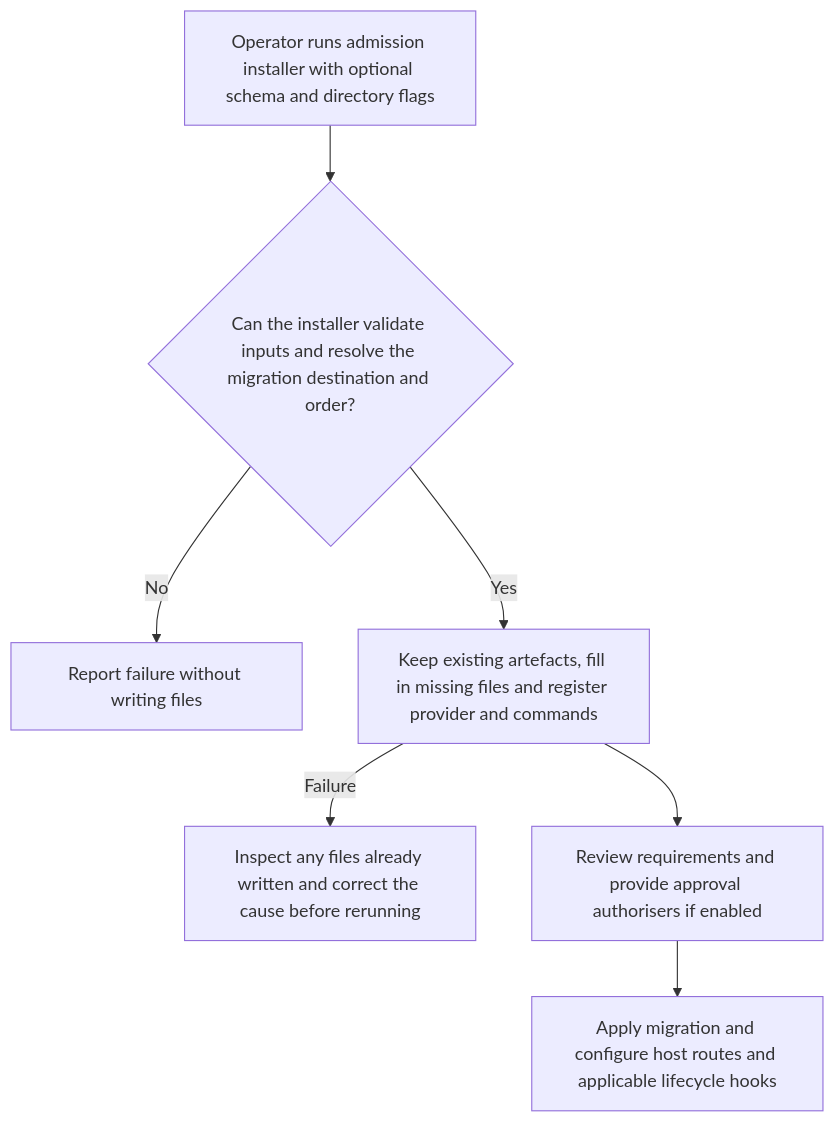
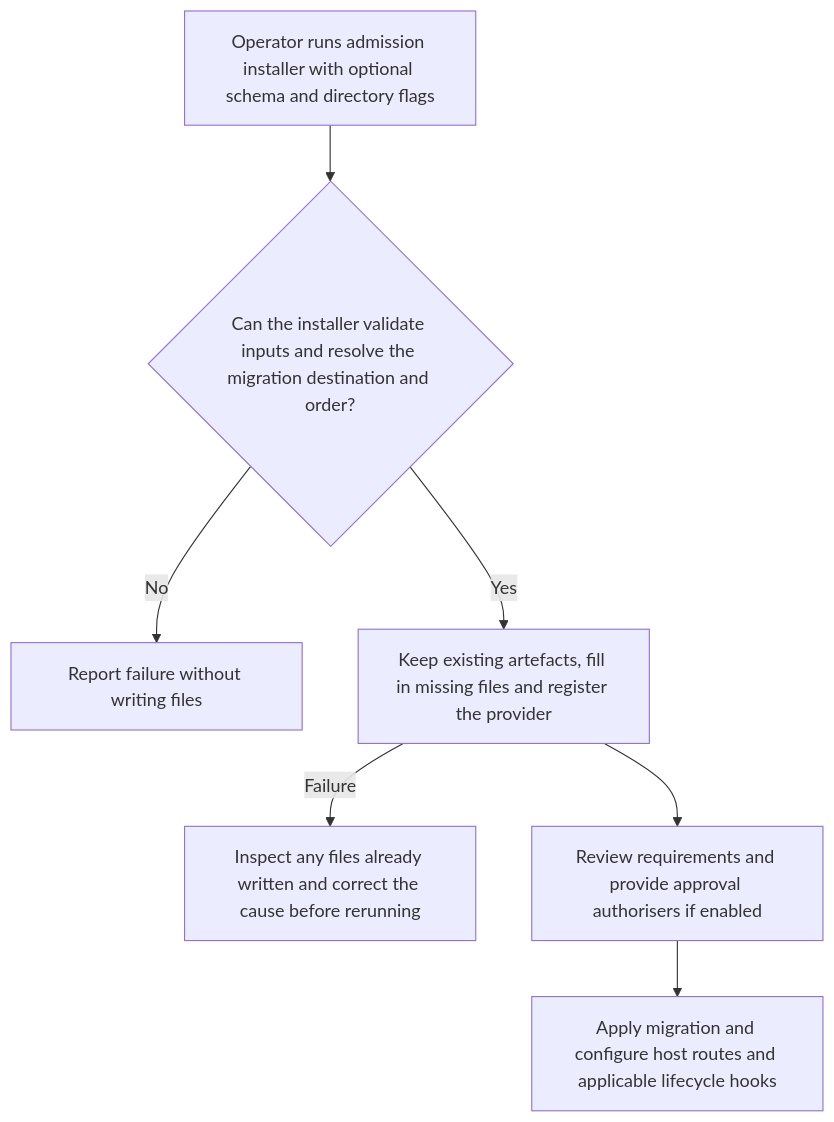
Before and after one commit to Kevinjohn/oss-adonisjs-account-kit: the first of 2 diagrams in user-stories/US-ACCOUNT-28-install-admission.md, drawn with Mermaid. The commit also changed other lines of this file, not shown here.

Commit message:
Say the admission installer registers only the provider in US-ACCOUNT-28

````diff
--- a/user-stories/US-ACCOUNT-28-install-admission.md
+++ b/user-stories/US-ACCOUNT-28-install-admission.md
@@ -22,9 +22,9 @@
 ```mermaid
 flowchart TD
  A["Operator runs admission installer with optional schema and directory flags"] --> B{"Can the installer validate inputs and resolve the migration destination and order?"}
  B -->|No| C["Report failure without writing files"]
- B -->|Yes| D["Keep existing artefacts, fill in missing files and register provider and commands"]
+ B -->|Yes| D["Keep existing artefacts, fill in missing files and register the provider"]
  D -->|Failure| X["Inspect any files already written and correct the cause before rerunning"]
  D --> E["Review requirements and provide approval authorisers if enabled"]
  E --> F["Apply migration and configure host routes and applicable lifecycle hooks"]
 ```
````
